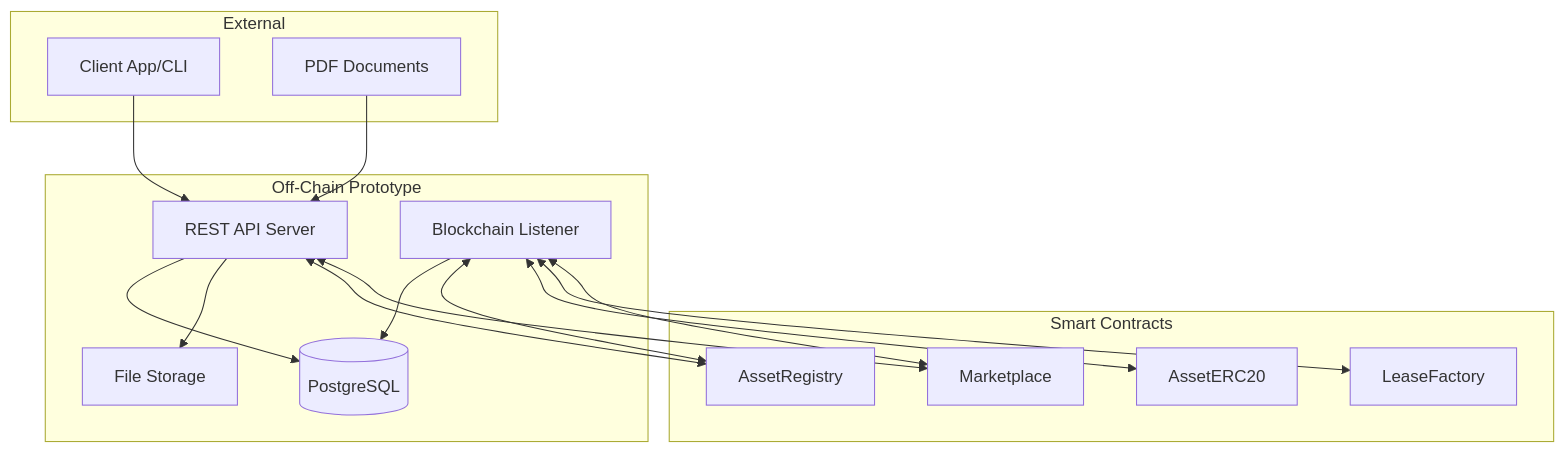
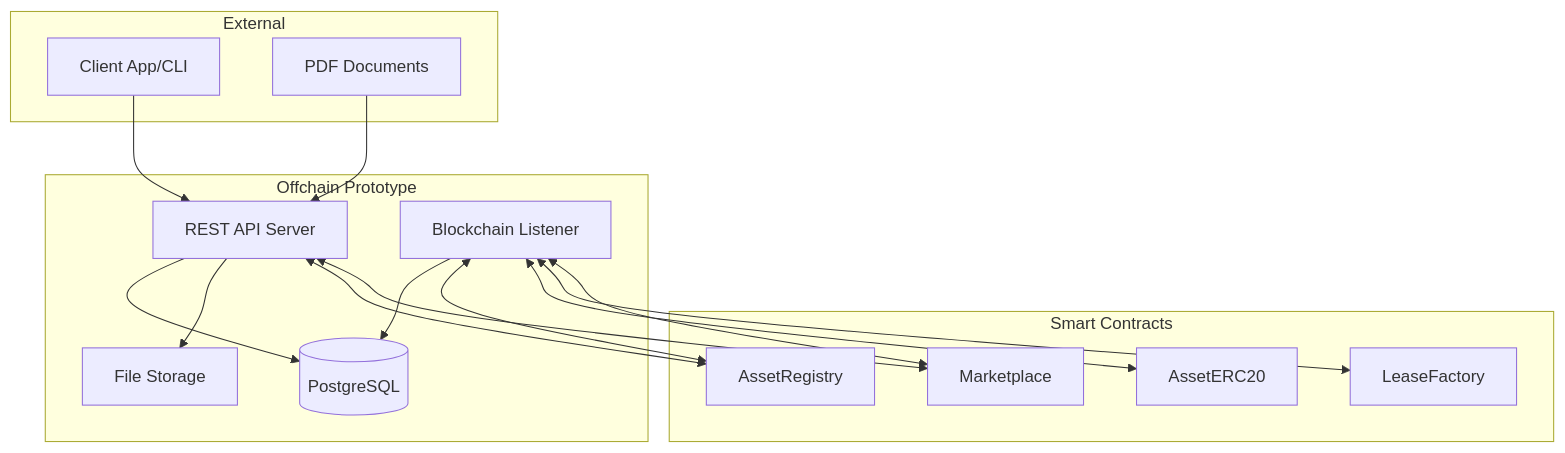
The diagram in docs/offchain-systems.md (faas-tech/space-markets), drawn with Mermaid before and after one commit. The commit also changed other lines of this file and 49 other files, not shown here.

````diff
--- a/docs/offchain-systems.md
+++ b/docs/offchain-systems.md
@@ -40,33 +40,33 @@
 ```mermaid
 flowchart TB
     subgraph "Smart Contracts"
         AR[AssetRegistry]
         AE[AssetERC20]
         LF[LeaseFactory]
         MP[Marketplace]
     end
 
-    subgraph "Off-Chain Prototype"
+    subgraph "Offchain Prototype"
         API[REST API Server]
         DB[(PostgreSQL)]
         FS[File Storage]
         BL[Blockchain Listener]
     end
 
     subgraph "External"
         CLIENT[Client App/CLI]
         FILES[PDF Documents]
     end
 
     CLIENT --> API
     FILES --> API
     API --> DB
     API --> FS
     BL --> DB
     BL <--> AR
     BL <--> AE
     BL <--> LF
     BL <--> MP
     API <--> AR
     API <--> MP
 ```
````
